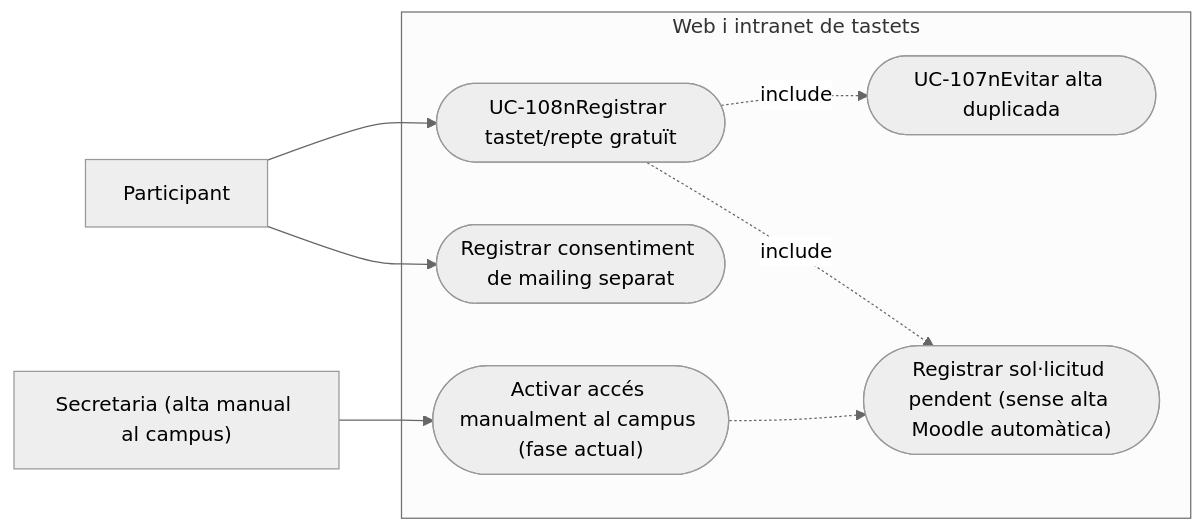
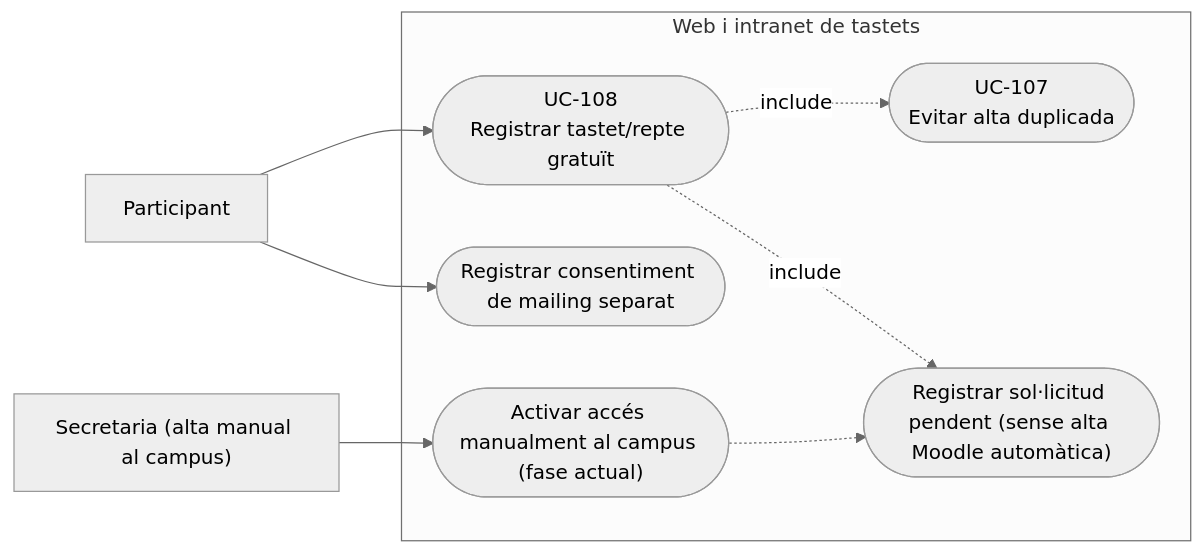
The second of 5 diagrams in documentacio/07-uml-integrat/uc-108-tastet-repte-gratuit.md (orgmeriemprismacat-del/verifactu), drawn with Mermaid (neutral theme) before and after one commit.

Commit message:
docs(uml): corregir salts Mermaid UC-108

````diff
--- a/documentacio/07-uml-integrat/uc-108-tastet-repte-gratuit.md
+++ b/documentacio/07-uml-integrat/uc-108-tastet-repte-gratuit.md
@@ -135,18 +135,18 @@
 ```mermaid
 flowchart LR
   a_0["Participant"]
   a_1["Secretaria (alta manual al campus)"]
   subgraph SIF_BOUNDARY["Web i intranet de tastets"]
     u_0(["Activar accés manualment al campus (fase actual)"])
-    u_1(["UC-108nRegistrar tastet/repte gratuït"])
-    u_2(["UC-107nEvitar alta duplicada"])
+    u_1(["UC-108<br/>Registrar tastet/repte gratuït"])
+    u_2(["UC-107<br/>Evitar alta duplicada"])
     u_3(["Registrar sol·licitud pendent (sense alta Moodle automàtica)"])
     u_4(["Registrar consentiment de mailing separat"])
   end
   a_0 --> u_1
   a_1 --> u_0
   u_1 -.->|include| u_2
   u_1 -.->|include| u_3
   u_0 -.-> u_3
   a_0 --> u_4
 ```
````
